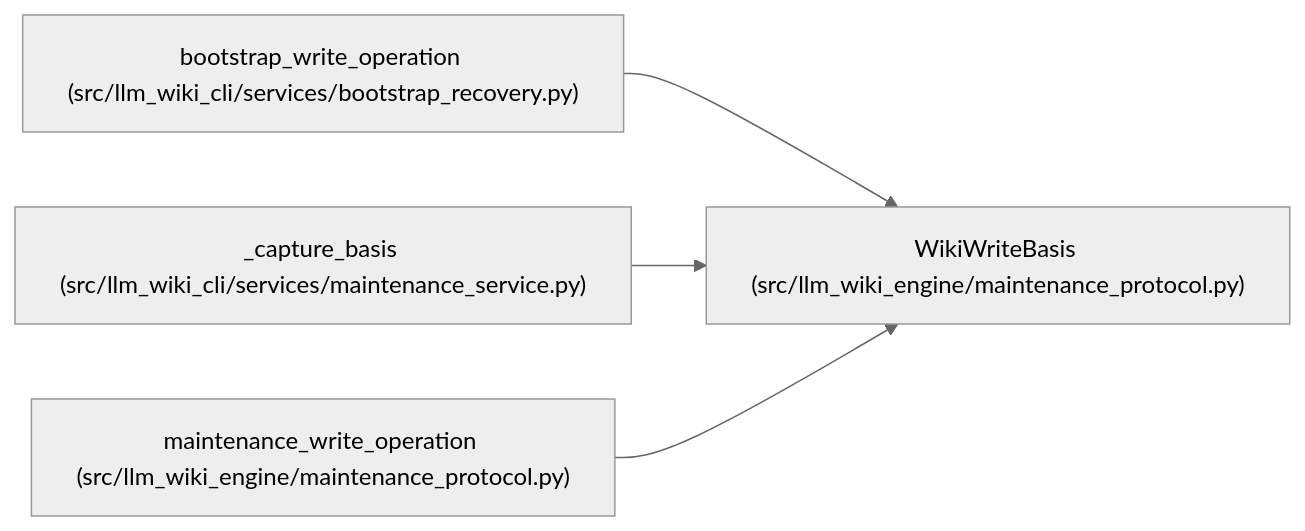
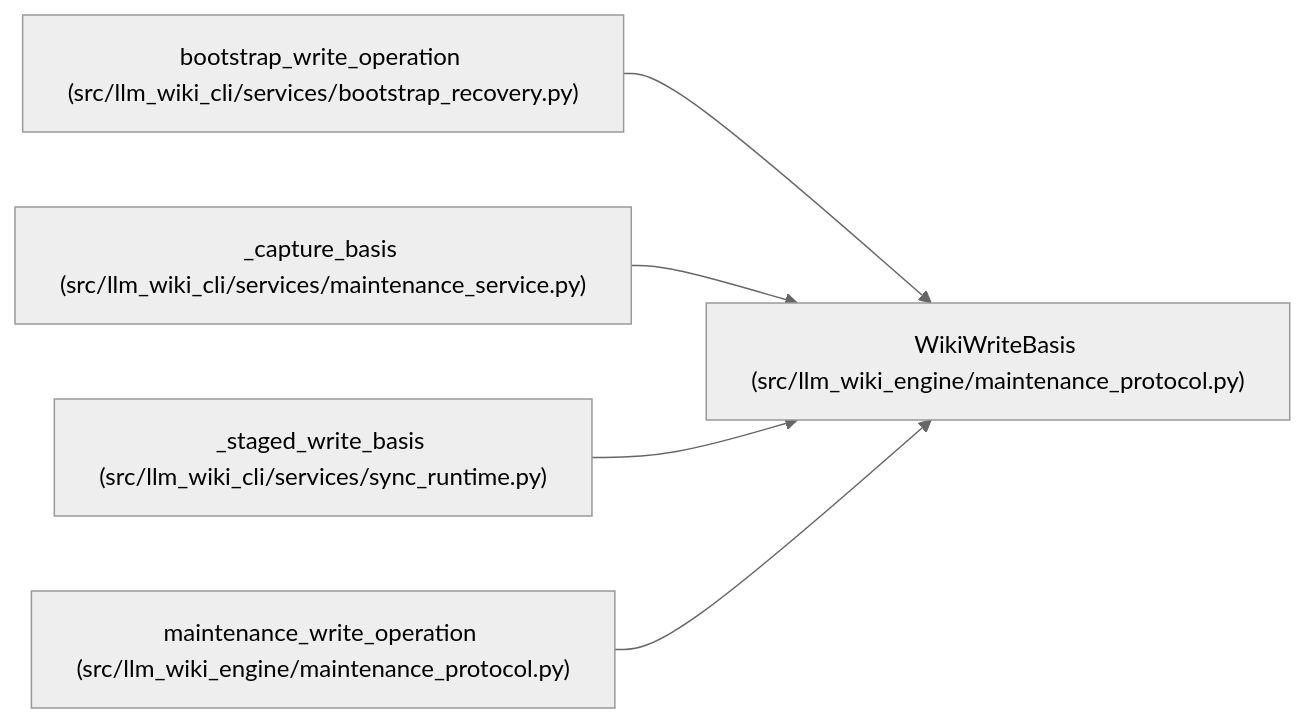
Before and after one commit to Denissvgn/python-wiki-llm: the diagram in docs/llm_wiki/entities/WikiWriteBasis.md, drawn with Mermaid (neutral theme). The commit also changed other lines of this file and 522 other files, not shown here.

````diff
--- a/docs/llm_wiki/entities/WikiWriteBasis.md
+++ b/docs/llm_wiki/entities/WikiWriteBasis.md
@@ -47,14 +47,17 @@
 ```mermaid
 flowchart LR
     n0["WikiWriteBasis (src/llm_wiki_engine/maintenance_protocol.py)"]
     n1["bootstrap_write_operation (src/llm_wiki_cli/services/bootstrap_recovery.py)"]
     n2["_capture_basis (src/llm_wiki_cli/services/maintenance_service.py)"]
-    n3["maintenance_write_operation (src/llm_wiki_engine/maintenance_protocol.py)"]
+    n3["_staged_write_basis (src/llm_wiki_cli/services/sync_runtime.py)"]
+    n4["maintenance_write_operation (src/llm_wiki_engine/maintenance_protocol.py)"]
     n1 --> n0
     n2 --> n0
     n3 --> n0
+    n4 --> n0
     click n0 "../modules/maintenance_protocol.md"
     click n1 "../modules/bootstrap_recovery.md"
     click n2 "../modules/maintenance_service.md"
-    click n3 "../modules/maintenance_protocol.md"
+    click n3 "../modules/sync_runtime.md"
+    click n4 "../modules/maintenance_protocol.md"
 ```
````
